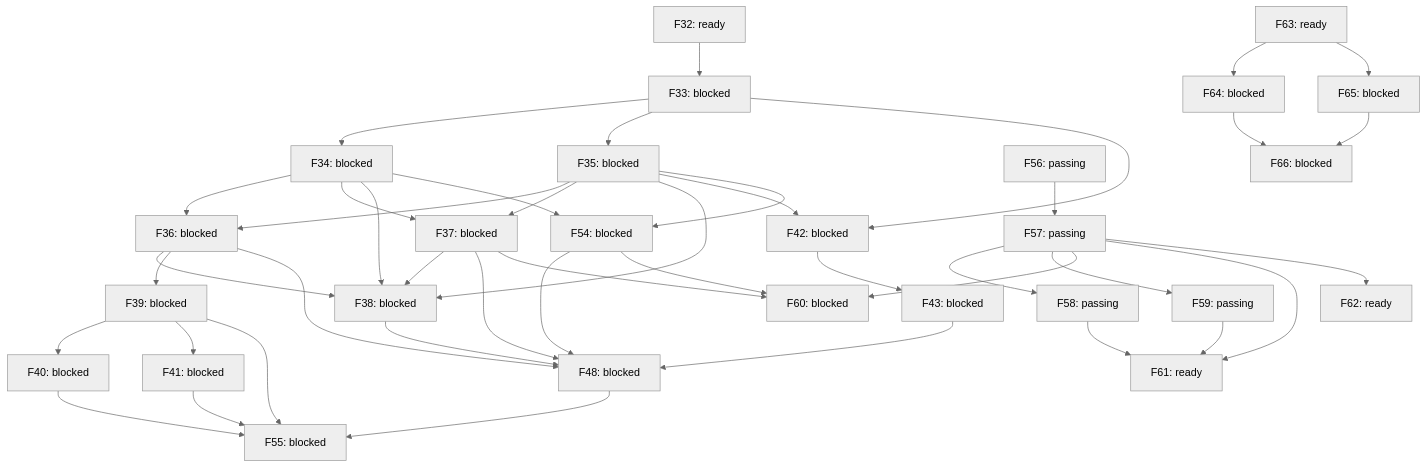
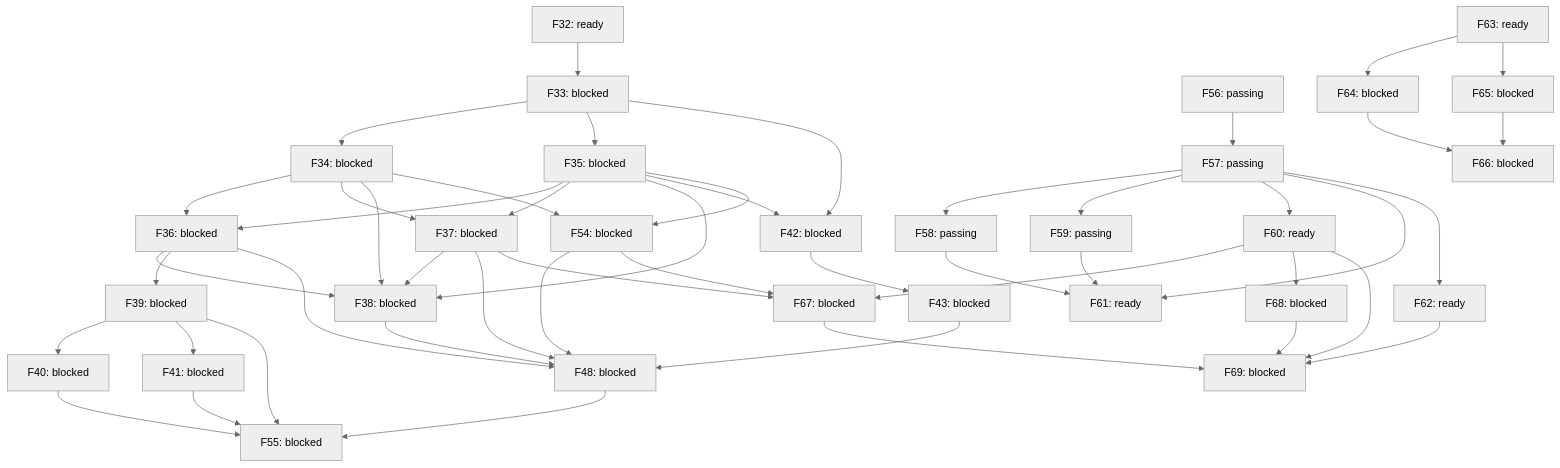
The diagram in docs/roadmap-graph.md (alex-nax/rengine), drawn with Mermaid (neutral theme) before and after one commit. The commit also changed other lines of this file and 4 other files, not shown here.

````diff
--- a/docs/roadmap-graph.md
+++ b/docs/roadmap-graph.md
@@ -7,71 +7,80 @@
 ```mermaid
 flowchart TD
   F32["F32: ready"]
   F33["F33: blocked"]
   F32 --> F33
   F34["F34: blocked"]
   F33 --> F34
   F35["F35: blocked"]
   F33 --> F35
   F36["F36: blocked"]
   F34 --> F36
   F35 --> F36
   F37["F37: blocked"]
   F34 --> F37
   F35 --> F37
   F38["F38: blocked"]
   F34 --> F38
   F35 --> F38
   F36 --> F38
   F37 --> F38
   F39["F39: blocked"]
   F36 --> F39
   F40["F40: blocked"]
   F39 --> F40
   F41["F41: blocked"]
   F39 --> F41
   F42["F42: blocked"]
   F33 --> F42
   F35 --> F42
   F43["F43: blocked"]
   F42 --> F43
   F48["F48: blocked"]
   F36 --> F48
   F37 --> F48
   F38 --> F48
   F43 --> F48
   F54 --> F48
   F54["F54: blocked"]
   F34 --> F54
   F35 --> F54
   F55["F55: blocked"]
   F39 --> F55
   F40 --> F55
   F41 --> F55
   F48 --> F55
   F56["F56: passing"]
   F57["F57: passing"]
   F56 --> F57
   F58["F58: passing"]
   F57 --> F58
   F59["F59: passing"]
   F57 --> F59
-  F60["F60: blocked"]
+  F60["F60: ready"]
   F57 --> F60
-  F37 --> F60
-  F54 --> F60
   F61["F61: ready"]
   F57 --> F61
   F58 --> F61
   F59 --> F61
   F62["F62: ready"]
   F57 --> F62
   F63["F63: ready"]
   F64["F64: blocked"]
   F63 --> F64
   F65["F65: blocked"]
   F63 --> F65
   F66["F66: blocked"]
   F65 --> F66
   F64 --> F66
+  F67["F67: blocked"]
+  F60 --> F67
+  F37 --> F67
+  F54 --> F67
+  F68["F68: blocked"]
+  F60 --> F68
+  F69["F69: blocked"]
+  F60 --> F69
+  F67 --> F69
+  F68 --> F69
+  F62 --> F69
 ```
````
